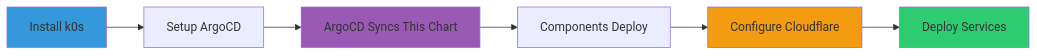
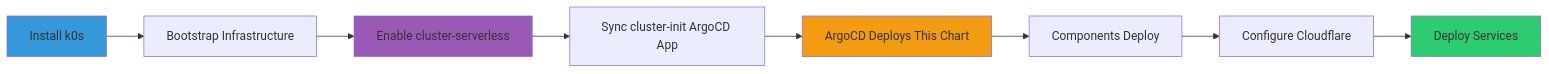
Before and after one commit to BenedictusAryo/cluster-serverless: the diagram in DEPLOYMENT.md, drawn with Mermaid. The commit also changed other lines of this file and 40 other files, not shown here.

Commit message:
make cluster serverless helm chart

````diff
--- a/DEPLOYMENT.md
+++ b/DEPLOYMENT.md
@@ -7,13 +7,15 @@
 ```mermaid
 graph LR
-    A[Install k0s] --> B[Setup ArgoCD]
-    B --> C[ArgoCD Syncs This Chart]
-    C --> D[Components Deploy]
-    D --> E[Configure Cloudflare]
-    E --> F[Deploy Services]
+    A[Install k0s] --> B[Bootstrap Infrastructure]
+    B --> C[Enable cluster-serverless]
+    C --> D[Sync cluster-init ArgoCD App]
+    D --> E[ArgoCD Deploys This Chart]
+    E --> F[Components Deploy]
+    F --> G[Configure Cloudflare]
+    G --> H[Deploy Services]
     
     style A fill:#3498db
     style C fill:#9b59b6
     style E fill:#f39c12
-    style F fill:#2ecc71
+    style H fill:#2ecc71
 ```
````
